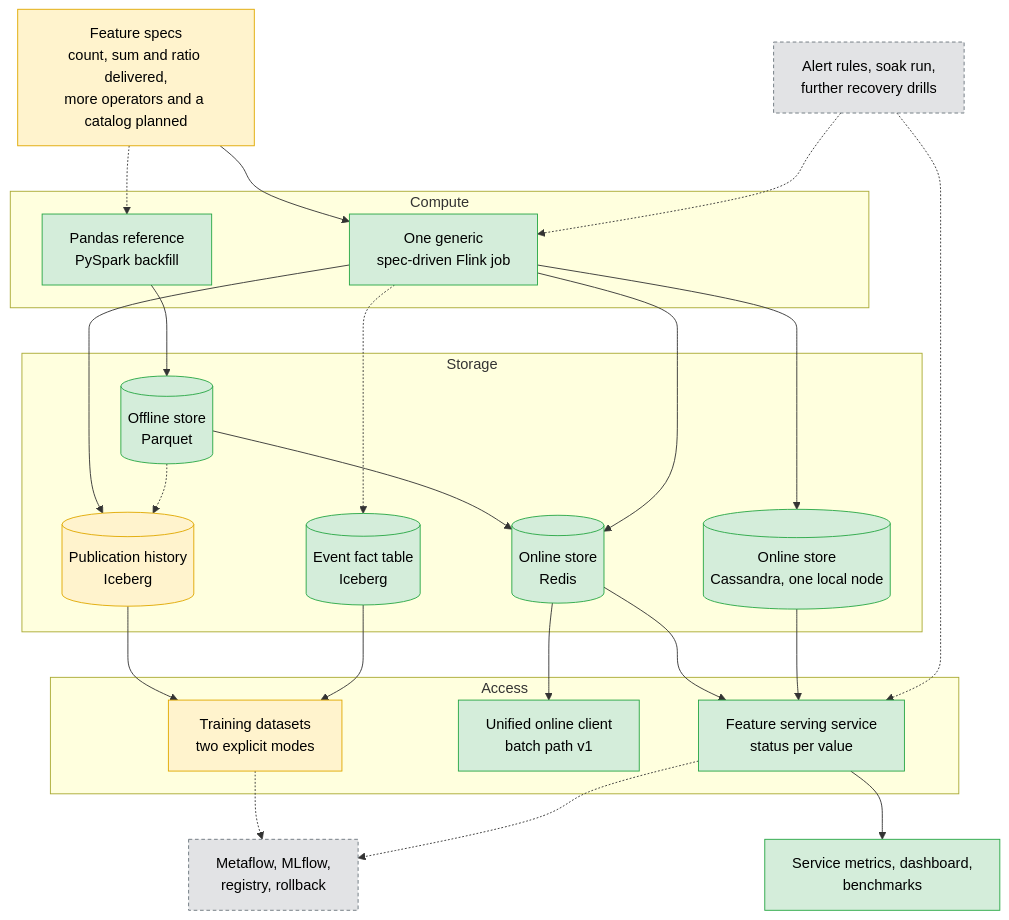
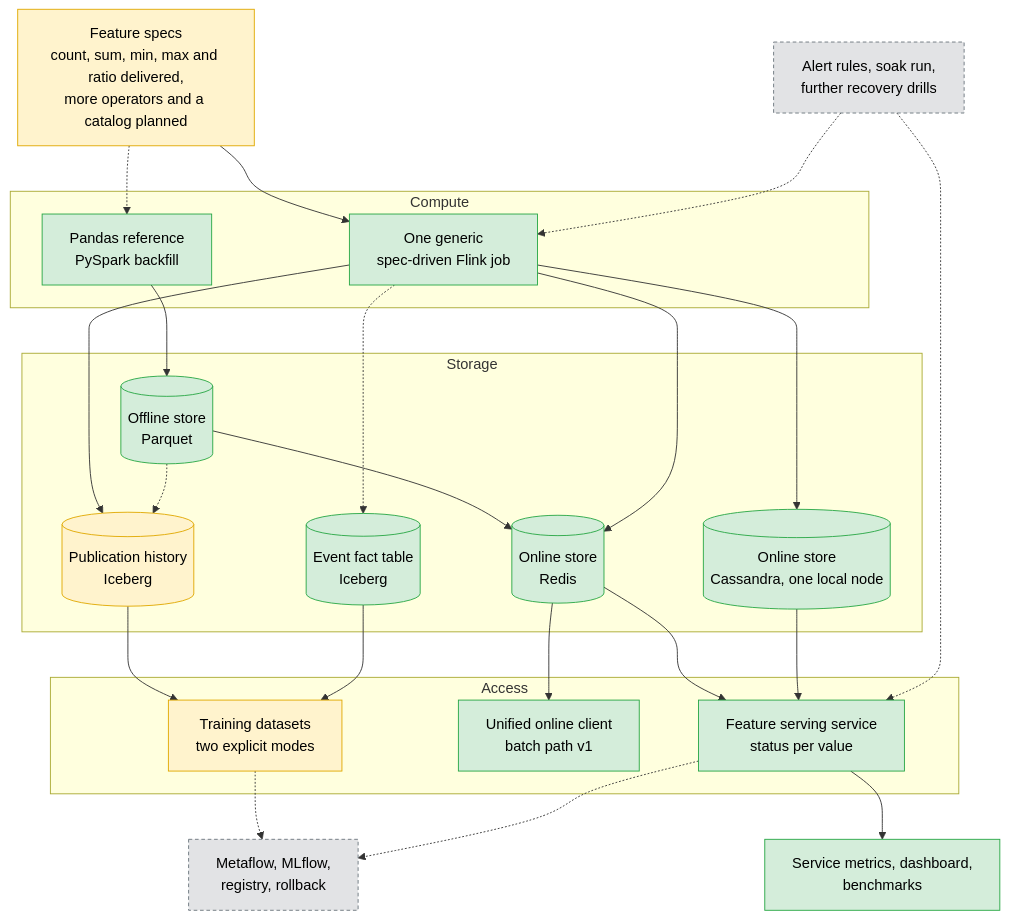
Before and after one commit to oster-dev/featureforge: the first of 4 diagrams in docs/PLATFORM_BLUEPRINT.md, drawn with Mermaid. The commit also changed other lines of this file and 28 other files, not shown here.

First line of the commit message:
feat(streaming): serve min and max online (ADR-017) (#145)

````diff
--- a/docs/PLATFORM_BLUEPRINT.md
+++ b/docs/PLATFORM_BLUEPRINT.md
@@ -60,46 +60,46 @@
 ```mermaid
 flowchart TB
-    SPEC["Feature specs<br/>count, sum and ratio delivered,<br/>more operators and a catalog planned"]:::wip
+    SPEC["Feature specs<br/>count, sum, min, max and ratio delivered,<br/>more operators and a catalog planned"]:::wip
 
     subgraph Compute
         BATCH["Pandas reference<br/>PySpark backfill"]:::done
         STREAM["One generic<br/>spec-driven Flink job"]:::done
     end
 
     subgraph Storage
         OFF[("Offline store<br/>Parquet")]:::done
         ON[("Online store<br/>Redis")]:::done
         ON2[("Online store<br/>Cassandra, one local node")]:::done
         HIST[("Publication history<br/>Iceberg")]:::wip
         FACTS[("Event fact table<br/>Iceberg")]:::done
     end
 
     subgraph Access
         SERVICE["Feature serving service<br/>status per value"]:::done
         CLIENT["Unified online client<br/>batch path v1"]:::done
         DATASET["Training datasets<br/>two explicit modes"]:::wip
     end
 
     OBS1["Service metrics, dashboard,<br/>benchmarks"]:::done
     OBS2["Alert rules, soak run,<br/>further recovery drills"]:::plan
     ML["Metaflow, MLflow,<br/>registry, rollback"]:::plan
 
     SPEC --> STREAM
     SPEC -.-> BATCH
     BATCH --> OFF --> ON
     STREAM --> ON & ON2
     STREAM --> HIST
     STREAM -.-> FACTS
     OFF -.-> HIST
     ON & ON2 --> SERVICE
     ON --> CLIENT
     HIST & FACTS --> DATASET
     DATASET -.-> ML
     SERVICE -.-> ML
     SERVICE --> OBS1
     OBS2 -.-> STREAM & SERVICE
 
     classDef done fill:#d4edda,stroke:#28a745,color:#000
     classDef wip fill:#fff3cd,stroke:#e0a800,color:#000
     classDef plan fill:#e2e3e5,stroke:#6c757d,color:#000,stroke-dasharray: 4 3
 ```
````
